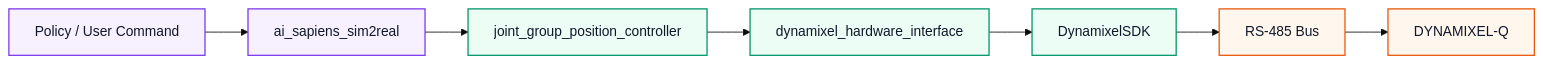
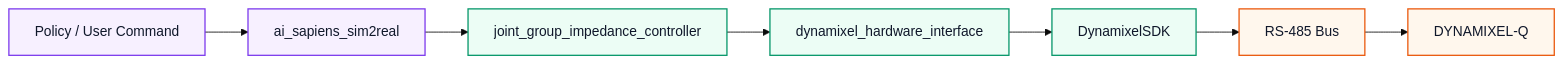
One commit to ROBOTIS-GIT/docs changed the second of 3 diagrams in docusaurus/docs/systems/aisapiens/specifications/software.mdx. Above: the diagram before and after it, drawn with Mermaid (base theme). The commit also changed other lines of this file and 17 other files, not shown here.

````diff
--- a/docusaurus/docs/systems/aisapiens/specifications/software.mdx
+++ b/docusaurus/docs/systems/aisapiens/specifications/software.mdx
@@ -99,17 +99,17 @@
 ```mermaid
 flowchart LR
   classDef runtime fill:#f7f0ff,stroke:#7c3aed,color:#0f172a,stroke-width:1.5px
   classDef control fill:#ecfdf5,stroke:#059669,color:#0f172a,stroke-width:1.5px
   classDef hardware fill:#fff7ed,stroke:#ea580c,color:#0f172a,stroke-width:1.5px
 
   Command["Policy / User Command"] --> Sim2Real["ai_sapiens_sim2real"]
-  Sim2Real --> Controller["joint_group_position_controller"]
+  Sim2Real --> Controller["joint_group_impedance_controller"]
   Controller --> HardwareInterface["dynamixel_hardware_interface"]
   HardwareInterface --> SDK["DynamixelSDK"]
   SDK --> Bus["RS-485 Bus"]
   Bus --> Actuator["DYNAMIXEL-Q"]
 
   class Command,Sim2Real runtime
   class Controller,HardwareInterface,SDK control
   class Bus,Actuator hardware
 ```
````
